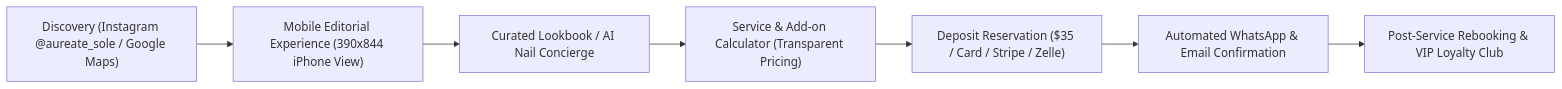
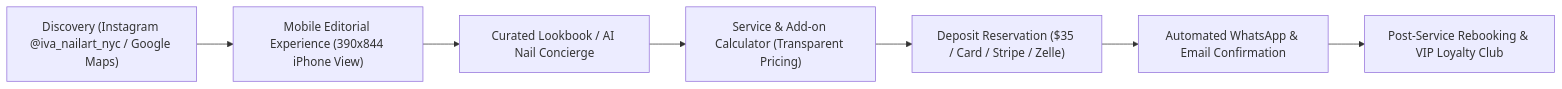
The diagram in PRD.md (germanzx033-a11y/iva-nail-art), drawn with Mermaid before and after one commit. The commit also changed other lines of this file and 33 other files, not shown here.

Commit message:
feat(audit): unify @iva_nailart_nyc handle, align Calendly modal across CTAs, export 9-node n8n workflow, establish Growth SEO specialists and Capacitor config

````diff
--- a/PRD.md
+++ b/PRD.md
@@ -17,9 +17,9 @@
 ```mermaid
 flowchart LR
-    A["Discovery (Instagram @aureate_sole / Google Maps)"] --> B["Mobile Editorial Experience (390x844 iPhone View)"]
+    A["Discovery (Instagram @iva_nailart_nyc / Google Maps)"] --> B["Mobile Editorial Experience (390x844 iPhone View)"]
     B --> C["Curated Lookbook / AI Nail Concierge"]
     C --> D["Service & Add-on Calculator (Transparent Pricing)"]
     D --> E["Deposit Reservation ($35 / Card / Stripe / Zelle)"]
     E --> F["Automated WhatsApp & Email Confirmation"]
     F --> G["Post-Service Rebooking & VIP Loyalty Club"]
 ```
````
